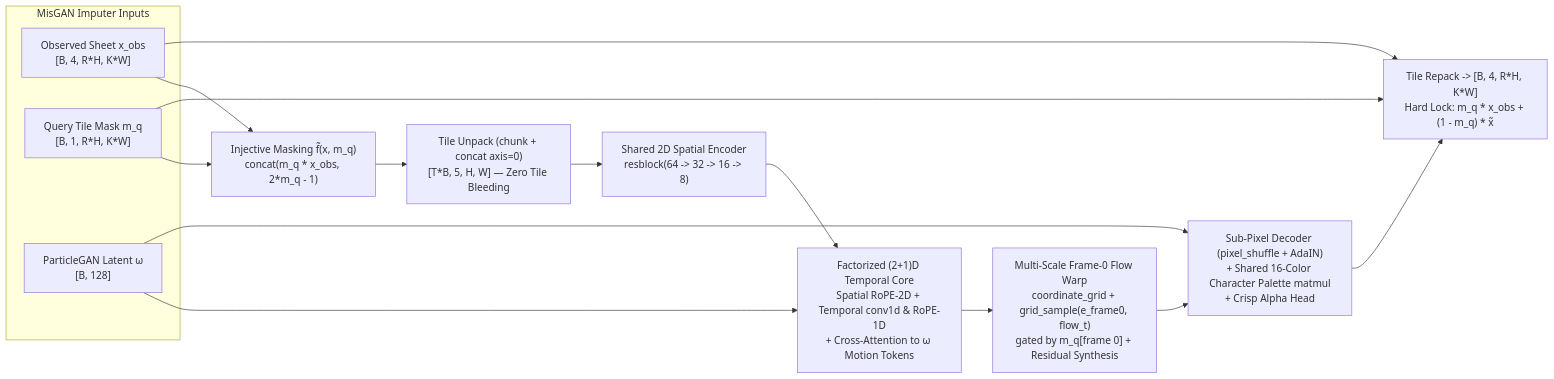
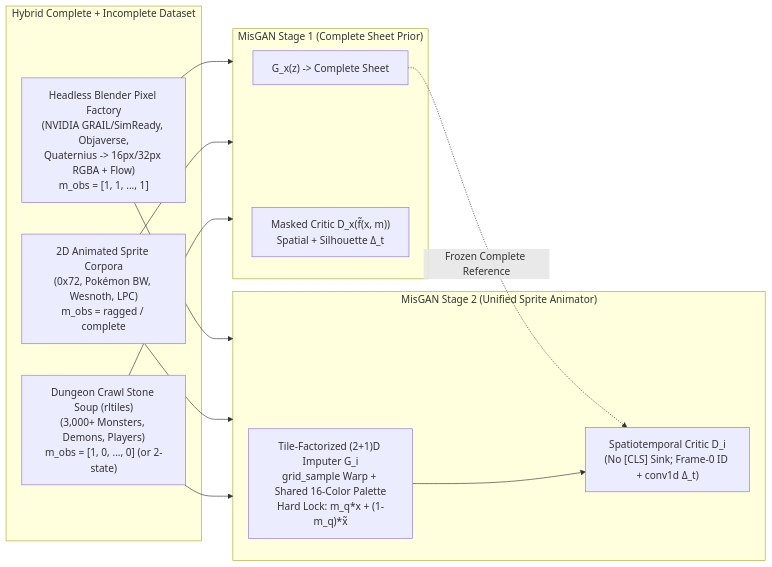
Before and after one commit to HyperGAN/HyperGAN: the diagram in docs/sprite-sheet-misgan-plan.md, drawn with Mermaid. The commit also changed other lines of this file, not shown here.

Commit message:
docs(research): integrate Blender pixel factory, DCSS rltiles, NVIDIA 3D datasets, and 16->32->64px scaling ladder

````diff
--- a/docs/sprite-sheet-misgan-plan.md
+++ b/docs/sprite-sheet-misgan-plan.md
@@ -67,24 +55,23 @@
 ```mermaid
 flowchart LR
-    subgraph Inputs["MisGAN Imputer Inputs"]
-        X["Observed Sheet x_obs<br/>[B, 4, R*H, K*W]"]
-        M["Query Tile Mask m_q<br/>[B, 1, R*H, K*W]"]
-        W["ParticleGAN Latent ω<br/>[B, 128]"]
+    subgraph Data["Hybrid Complete + Incomplete Dataset"]
+        BL["Headless Blender Pixel Factory<br/>(NVIDIA GRAIL/SimReady, Objaverse,<br/>Quaternius -> 16px/32px RGBA + Flow)<br/>m_obs = [1, 1, ..., 1]"]
+        W2D["2D Animated Sprite Corpora<br/>(0x72, Pokémon BW, Wesnoth, LPC)<br/>m_obs = ragged / complete"]
+        DCSS["Dungeon Crawl Stone Soup (rltiles)<br/>(3,000+ Monsters, Demons, Players)<br/>m_obs = [1, 0, ..., 0] (or 2-state)"]
     end
 
-    FM["Injective Masking f̃(x, m_q)<br/>concat(m_q * x_obs, 2*m_q - 1)"]
-    UNPACK["Tile Unpack (chunk + concat axis=0)<br/>[T*B, 5, H, W] — Zero Tile Bleeding"]
-    ENC["Shared 2D Spatial Encoder<br/>resblock(64 -> 32 -> 16 -> 8)"]
-    TEMP["Factorized (2+1)D Temporal Core<br/>Spatial RoPE-2D + Temporal conv1d & RoPE-1D<br/>+ Cross-Attention to ω Motion Tokens"]
-    WARP["Multi-Scale Frame-0 Flow Warp<br/>coordinate_grid + grid_sample(e_frame0, flow_t)<br/>gated by m_q[frame 0] + Residual Synthesis"]
-    DEC["Sub-Pixel Decoder (pixel_shuffle + AdaIN)<br/>+ Shared 16-Color Character Palette matmul<br/>+ Crisp Alpha Head"]
-    REPACK["Tile Repack -> [B, 4, R*H, K*W]<br/>Hard Lock: m_q * x_obs + (1 - m_q) * x̃"]
+    subgraph Stage1["MisGAN Stage 1 (Complete Sheet Prior)"]
+        GX["G_x(z) -> Complete Sheet"]
+        DX["Masked Critic D_x(f̃(x, m))<br/>Spatial + Silhouette Δ_t"]
+    end
 
-    X --> FM
-    M --> FM
-    FM --> UNPACK --> ENC --> TEMP --> WARP --> DEC --> REPACK
-    W --> TEMP
-    W --> DEC
-    X --> REPACK
-    M --> REPACK
+    subgraph Stage2["MisGAN Stage 2 (Unified Sprite Animator)"]
+        GI["Tile-Factorized (2+1)D Imputer G_i<br/>grid_sample Warp + Shared 16-Color Palette<br/>Hard Lock: m_q*x + (1-m_q)*x̃"]
+        DI["Spatiotemporal Critic D_i<br/>(No [CLS] Sink; Frame-0 ID + conv1d Δ_t)"]
+    end
+
+    BL & W2D & DCSS --> Stage1
+    BL & W2D & DCSS --> Stage2
+    GX -. "Frozen Complete Reference" .-> DI
+    GI --> DI
 ```
````
